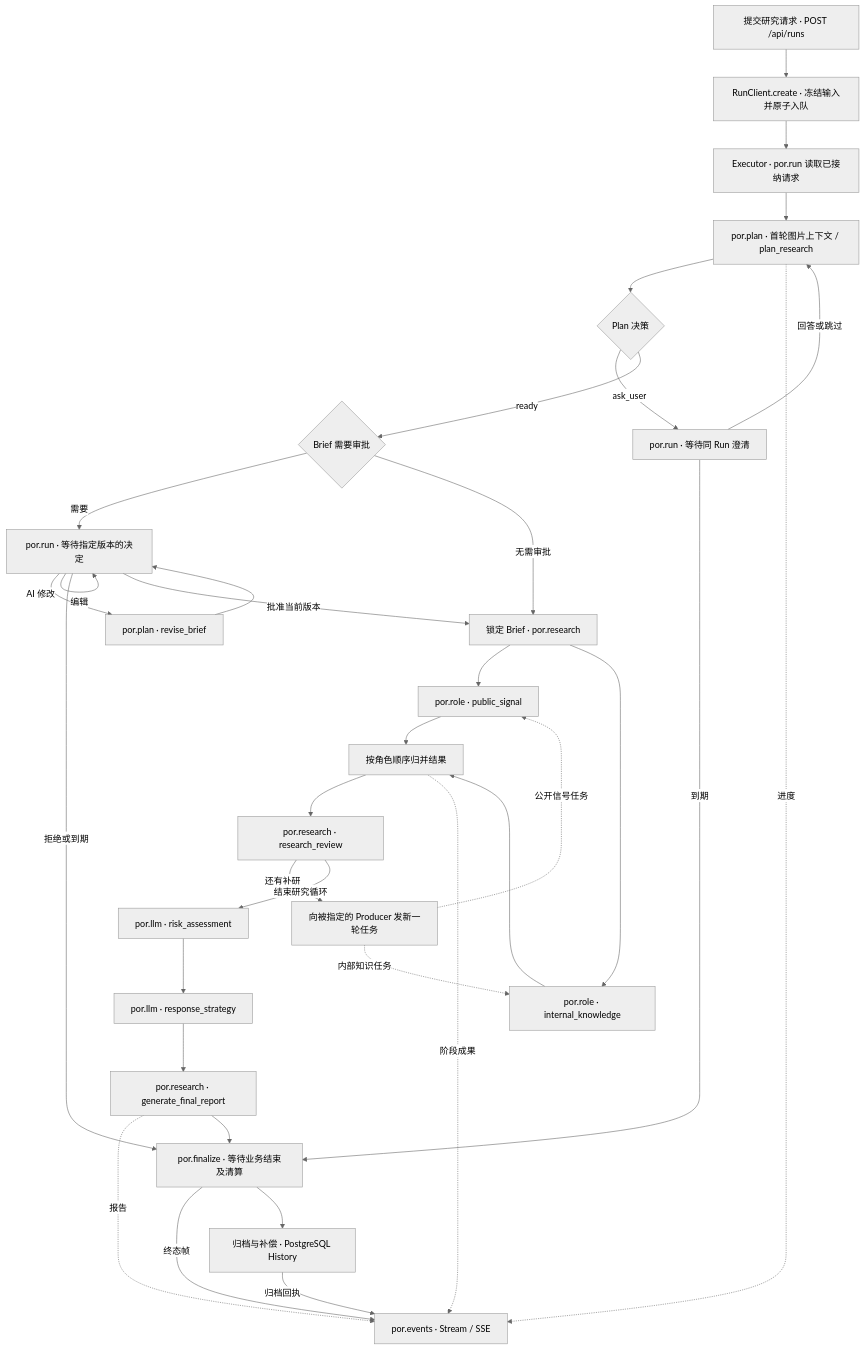
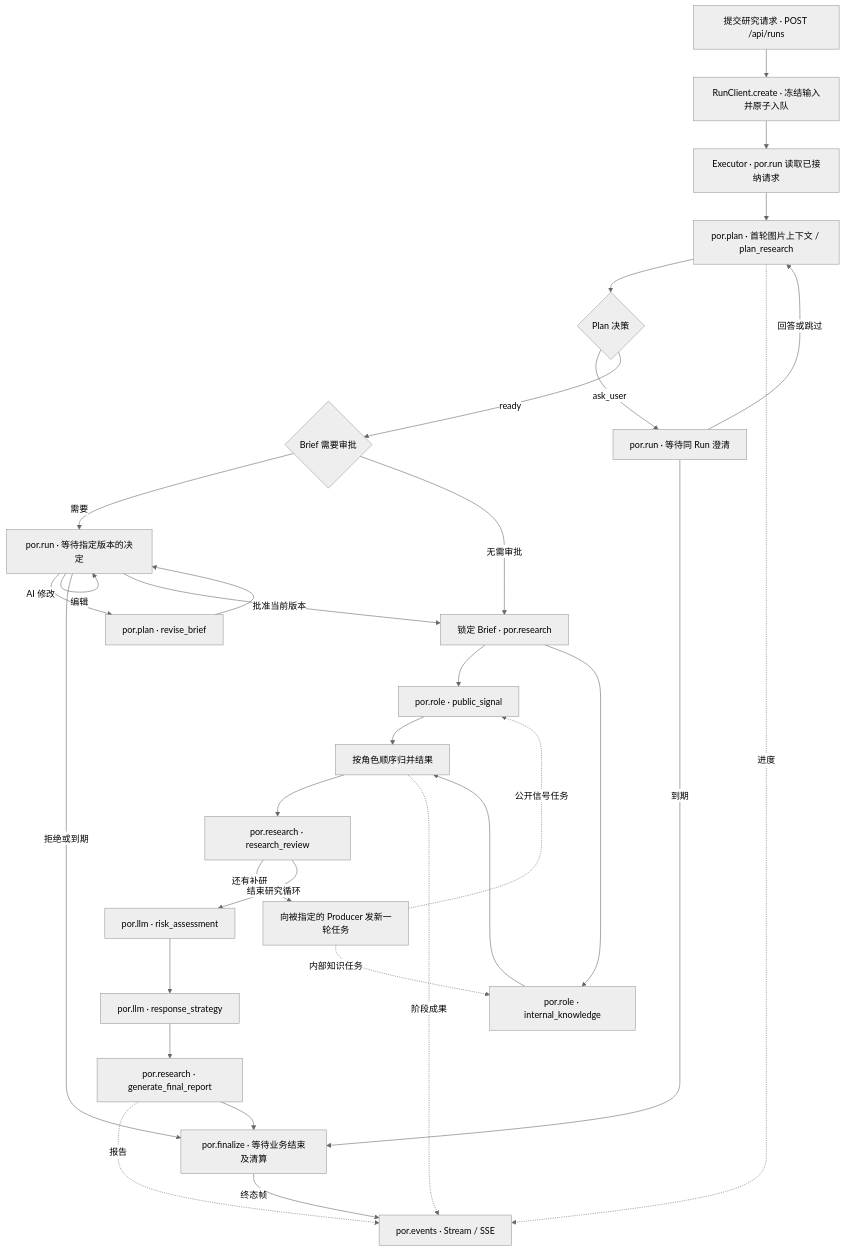
The second of 2 diagrams in docs/architecture/agent-loop.md (kkaaakk/public_opinion_research), drawn with Mermaid (neutral theme) before and after one commit. The commit also changed other lines of this file and 62 other files, not shown here.

````diff
--- a/docs/architecture/agent-loop.md
+++ b/docs/architecture/agent-loop.md
@@ -61,36 +60,34 @@
 ```mermaid
 flowchart TD
     A["提交研究请求 · POST /api/runs"] --> B["RunClient.create · 冻结输入并原子入队"]
     B --> C["Executor · por.run 读取已接纳请求"]
     C --> D["por.plan · 首轮图片上下文 / plan_research"]
     D --> E{"Plan 决策"}
     E -->|ask_user| F["por.run · 等待同 Run 澄清"]
     F -->|回答或跳过| D
     E -->|ready| G{"Brief 需要审批"}
     G -->|需要| H["por.run · 等待指定版本的决定"]
     H -->|编辑| H
     H -->|AI 修改| I["por.plan · revise_brief"]
     I --> H
     F -->|到期| T["por.finalize · 等待业务结束及清算"]
     H -->|拒绝或到期| T
     G -->|无需审批| R["锁定 Brief · por.research"]
     H -->|批准当前版本| R
     R --> P1["por.role · public_signal"]
     R --> P2["por.role · internal_knowledge"]
     P1 --> J["按角色顺序归并结果"]
     P2 --> J
     J --> V["por.research · research_review"]
     V -->|还有补研| W["向被指定的 Producer 发新一轮任务"]
     W -. "公开信号任务" .-> P1
     W -. "内部知识任务" .-> P2
     V -->|结束研究循环| K["por.llm · risk_assessment"]
     K --> S["por.llm · response_strategy"]
     S --> Q["por.research · generate_final_report"]
     D -. "进度" .-> L["por.events · Stream / SSE"]
     J -. "阶段成果" .-> L
     Q -. "报告" .-> L
     Q --> T
     T -->|终态帧| L
-    T --> O["归档与补偿 · PostgreSQL History"]
-    O -->|归档回执| L
 ```
````
